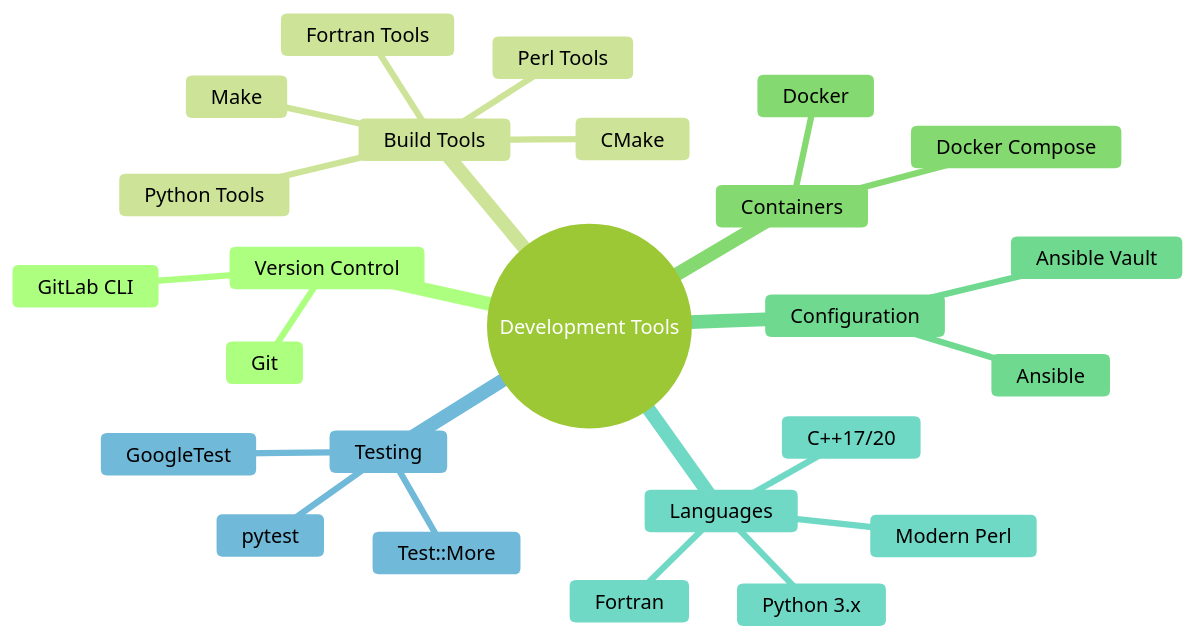
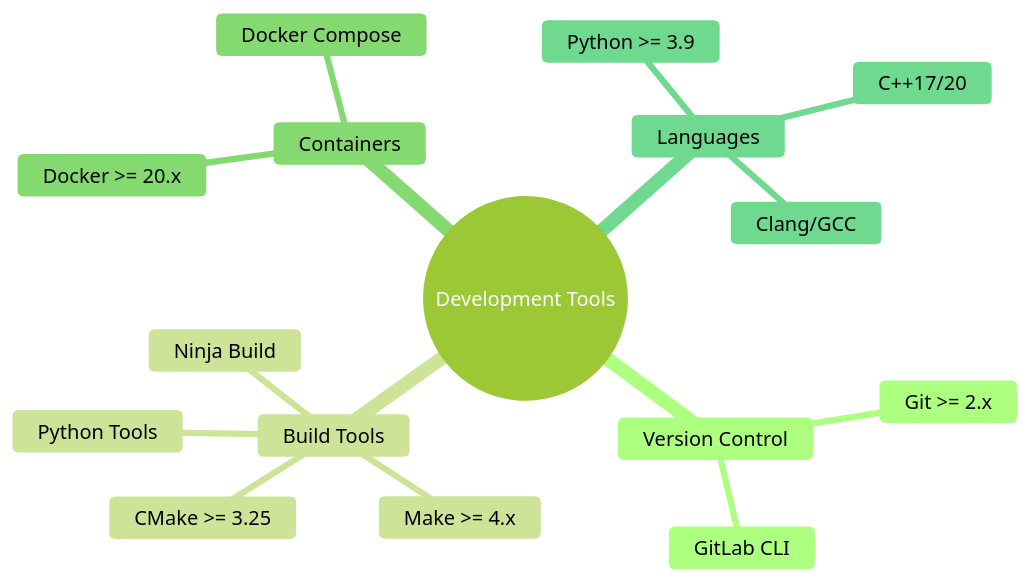
Before and after one commit to jlheater/test-project-123456: the diagram in memory-bank/techContext.md, drawn with Mermaid (forest theme). The commit also changed other lines of this file and 3 other files, not shown here.

````diff
--- a/memory-bank/techContext.md
+++ b/memory-bank/techContext.md
@@ -38,28 +42,19 @@
 ```mermaid
 mindmap
   root((Development Tools))
     Version Control
-      Git
+      Git >= 2.x
       GitLab CLI
     Build Tools
-      Make
-      CMake
+      Make >= 4.x
+      CMake >= 3.25
       Python Tools
-      Perl Tools
-      Fortran Tools
+      Ninja Build
     Containers
-      Docker
+      Docker >= 20.x
       Docker Compose
-    Configuration
-      Ansible
-      Ansible Vault
     Languages
-      Python 3.x
+      Python >= 3.9
       C++17/20
-      Modern Perl
-      Fortran
-    Testing
-      pytest
-      GoogleTest
-      Test::More
+      Clang/GCC
 ```
````
